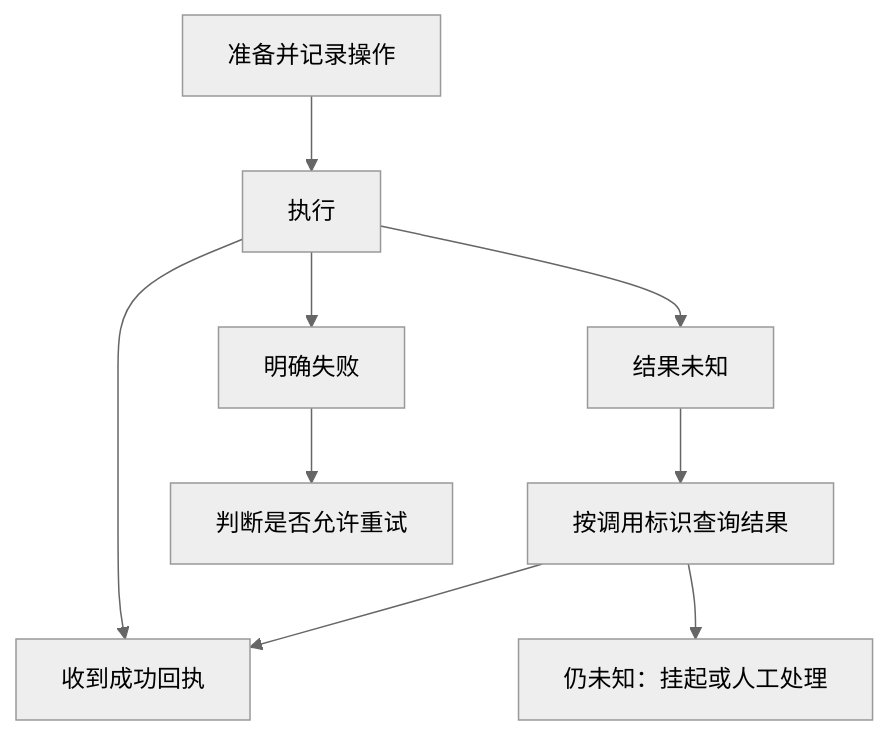
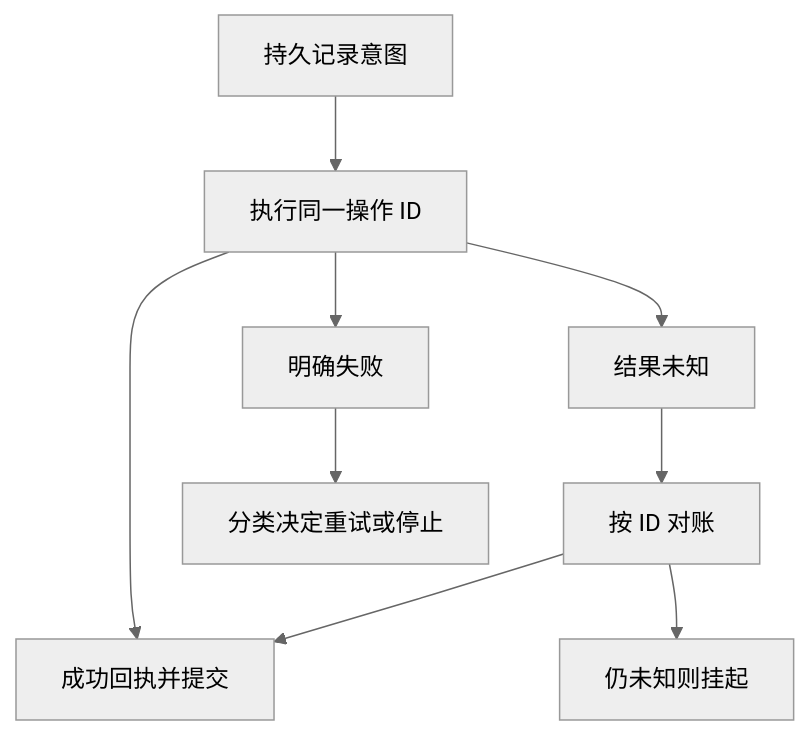
Before and after one commit to miauyle/ai-systems-architecture-guide: the diagram in docs/20-agent-runtime.md, drawn with Mermaid (neutral theme). The commit also changed other lines of this file and 23 other files, not shown here.

````diff
--- a/docs/20-agent-runtime.md
+++ b/docs/20-agent-runtime.md
@@ -49,11 +47,11 @@
 ```mermaid
 flowchart TB
-    P[准备并记录操作] --> E[执行]
-    E --> S[收到成功回执]
+    P[持久记录意图] --> E[执行同一操作 ID]
+    E --> S[成功回执并提交]
     E --> F[明确失败]
     E --> U[结果未知]
-    U --> Q[按调用标识查询结果]
+    U --> Q[按 ID 对账]
     Q --> S
-    Q --> R[仍未知：挂起或人工处理]
-    F --> C[判断是否允许重试]
+    Q --> W[仍未知则挂起]
+    F --> R[分类决定重试或停止]
 ```
````
